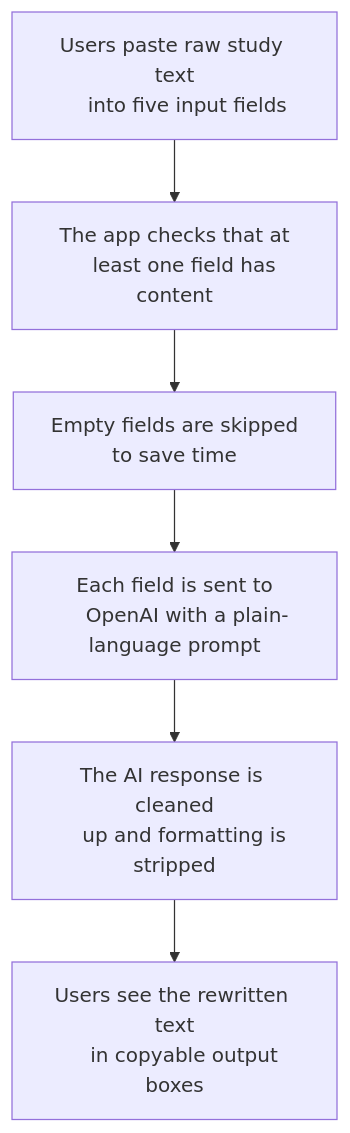
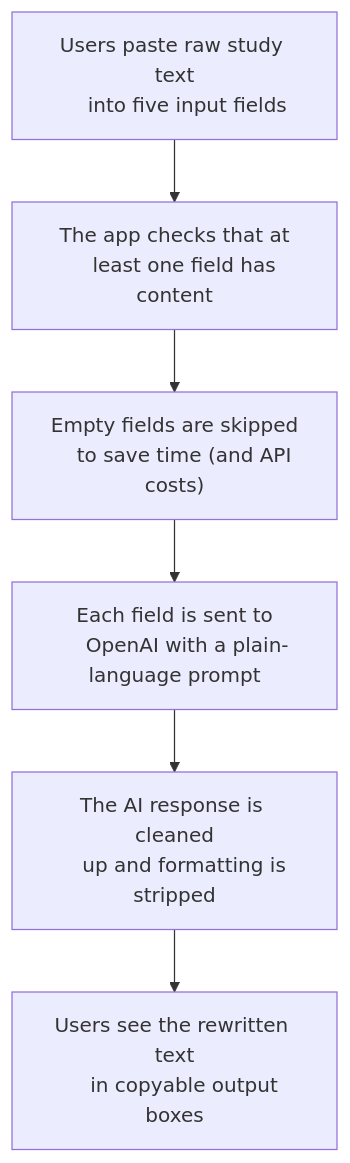
Before and after one commit to aliusora/rfm-optimization-assistant: the first of 2 diagrams in README.md, drawn with Mermaid.

Commit message:
Clarify README flowchart by specifying that empty fields are skipped to save time and API costs

````diff
--- a/README.md
+++ b/README.md
@@ -23,14 +23,14 @@
 ```mermaid
 flowchart TD
     A["Users paste raw study text
     into five input fields"] --> B["The app checks that at
     least one field has content"]
     B --> C["Empty fields are skipped
-    to save time"]
+    to save time (and API costs)"]
     C --> D["Each field is sent to
     OpenAI with a plain-language prompt"]
     D --> E["The AI response is cleaned
     up and formatting is stripped"]
     E --> F["Users see the rewritten text
     in copyable output boxes"]
 ```
````
